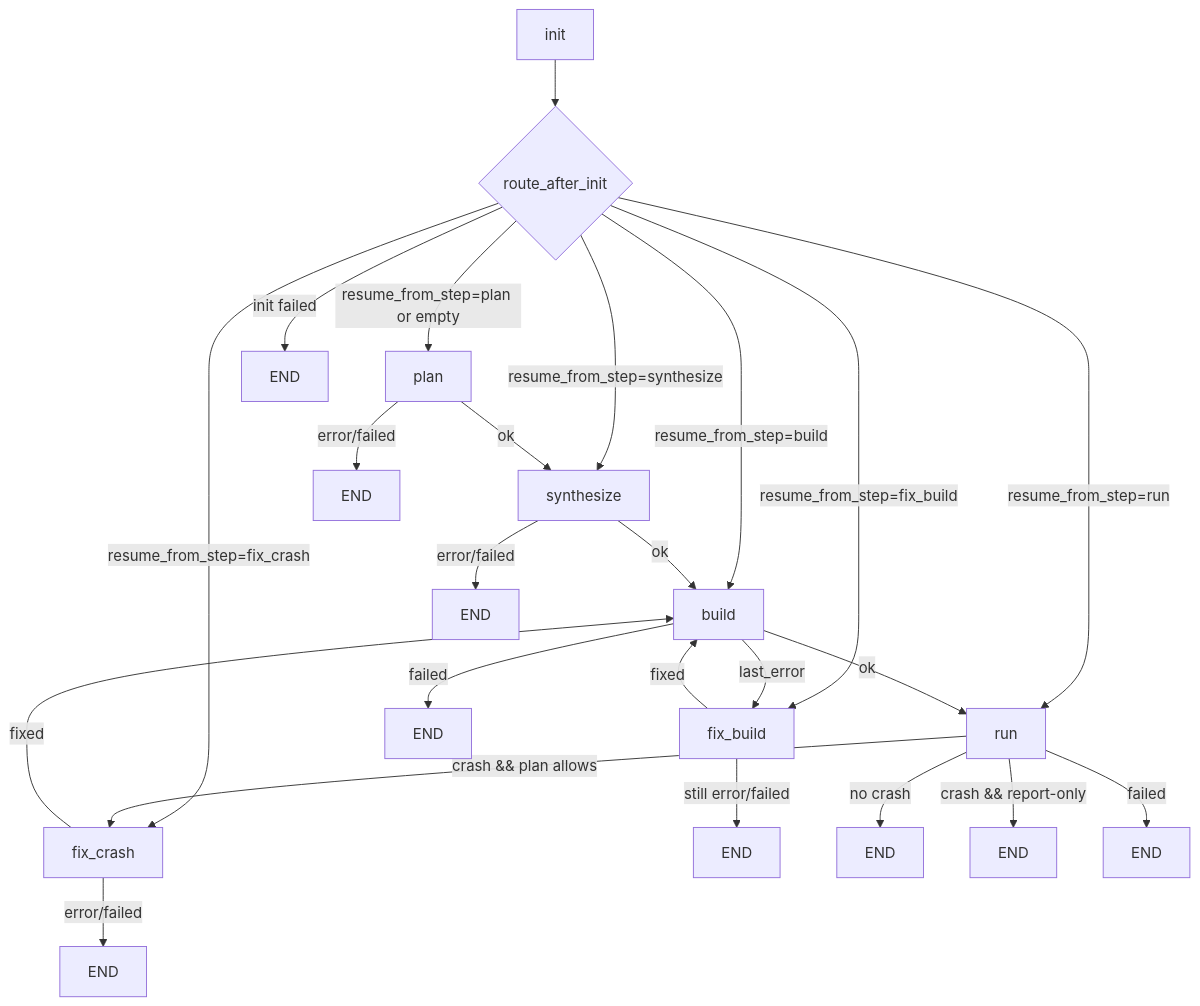
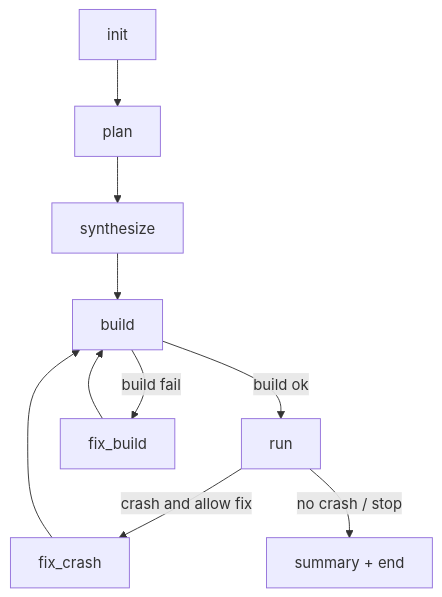
One commit to ZUENS2020/Sherpa changed the third of 6 diagrams in README.md. Above: the diagram before and after it, drawn with Mermaid. The commit also changed other lines of this file and 3 other files, not shown here.

````diff
--- a/README.md
+++ b/README.md
@@ -316,32 +79,12 @@
 ```mermaid
 flowchart TD
-  I["init"] --> R0{"route_after_init"}
-  R0 -->|"resume_from_step=plan or empty"| P["plan"]
-  R0 -->|"resume_from_step=synthesize"| S["synthesize"]
-  R0 -->|"resume_from_step=build"| B["build"]
-  R0 -->|"resume_from_step=fix_build"| FB["fix_build"]
-  R0 -->|"resume_from_step=run"| R["run"]
-  R0 -->|"resume_from_step=fix_crash"| FC["fix_crash"]
-  R0 -->|"init failed"| E0["END"]
-
-  P -->|"ok"| S["synthesize"]
-  P -->|"error/failed"| E1["END"]
-
-  S -->|"ok"| B["build"]
-  S -->|"error/failed"| E2["END"]
-
-  B -->|"ok"| R["run"]
-  B -->|"last_error"| FB["fix_build"]
-  B -->|"failed"| E3["END"]
-
-  FB -->|"fixed"| B
-  FB -->|"still error/failed"| E4["END"]
-
-  R -->|"crash && plan allows"| FC["fix_crash"]
-  R -->|"no crash"| E5["END"]
-  R -->|"crash && report-only"| E6["END"]
-  R -->|"failed"| E7["END"]
-
-  FC -->|"fixed"| B
-  FC -->|"error/failed"| E8["END"]
+  I["init"] --> P["plan"]
+  P --> S["synthesize"]
+  S --> B["build"]
+  B -->|"build ok"| R["run"]
+  B -->|"build fail"| FB["fix_build"]
+  FB --> B
+  R -->|"crash and allow fix"| FC["fix_crash"]
+  FC --> B
+  R -->|"no crash / stop"| E["summary + end"]
 ```
````
